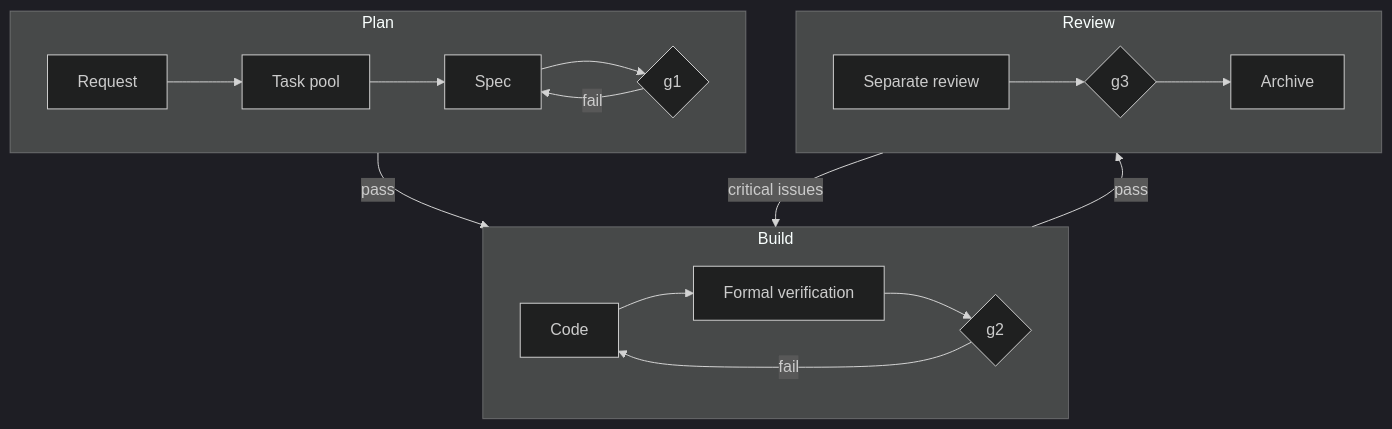
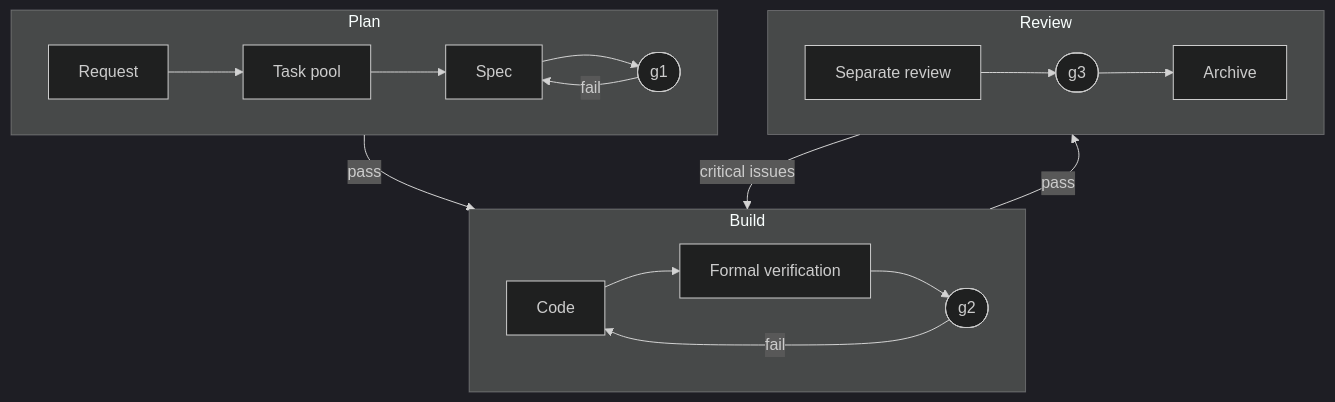
Before and after one commit to Alan-IFT/ai-harness-scaffold: the first of 2 diagrams in README.en.md, drawn with Mermaid (dark theme). The commit also changed 1 other file, not shown here.

Commit message:
docs: shrink the README workflow diagram

````diff
--- a/README.en.md
+++ b/README.en.md
@@ -40,20 +40,20 @@
 ```mermaid
 flowchart TB
     subgraph P1["Plan"]
         direction LR
-        A["Request"] --> B["Task pool"] --> C["Spec"] --> G1{"g1"}
+        A["Request"] --> B["Task pool"] --> C["Spec"] --> G1(["g1"])
         G1 -- fail --> C
     end
     subgraph P2["Build"]
         direction LR
-        D["Code"] --> V["Formal verification"] --> G2{"g2"}
+        D["Code"] --> V["Formal verification"] --> G2(["g2"])
         G2 -- fail --> D
     end
     subgraph P3["Review"]
         direction LR
-        R["Separate review"] --> G3{"g3"} --> E["Archive"]
+        R["Separate review"] --> G3(["g3"]) --> E["Archive"]
     end
     P1 -- pass --> P2
     P2 -- pass --> P3
     P3 -- critical issues --> P2
 ```
````
